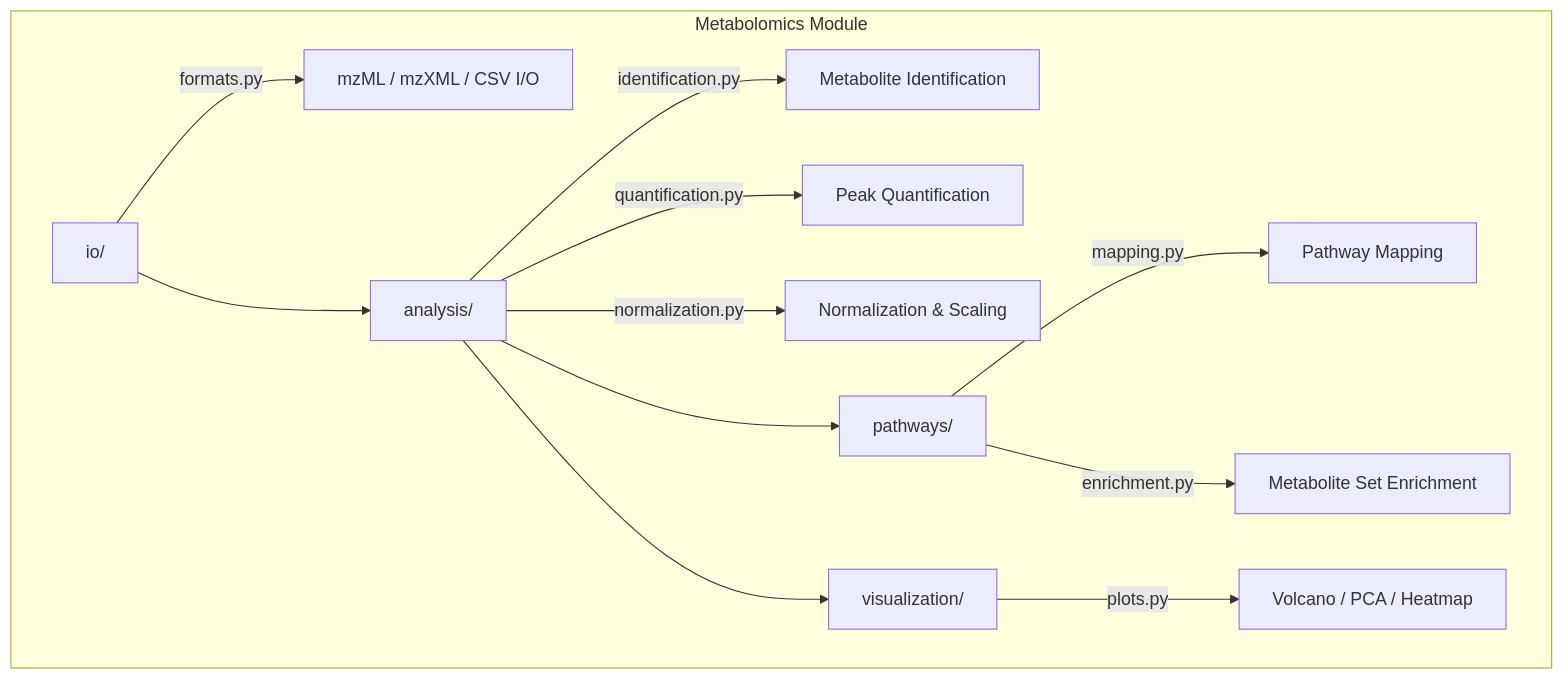
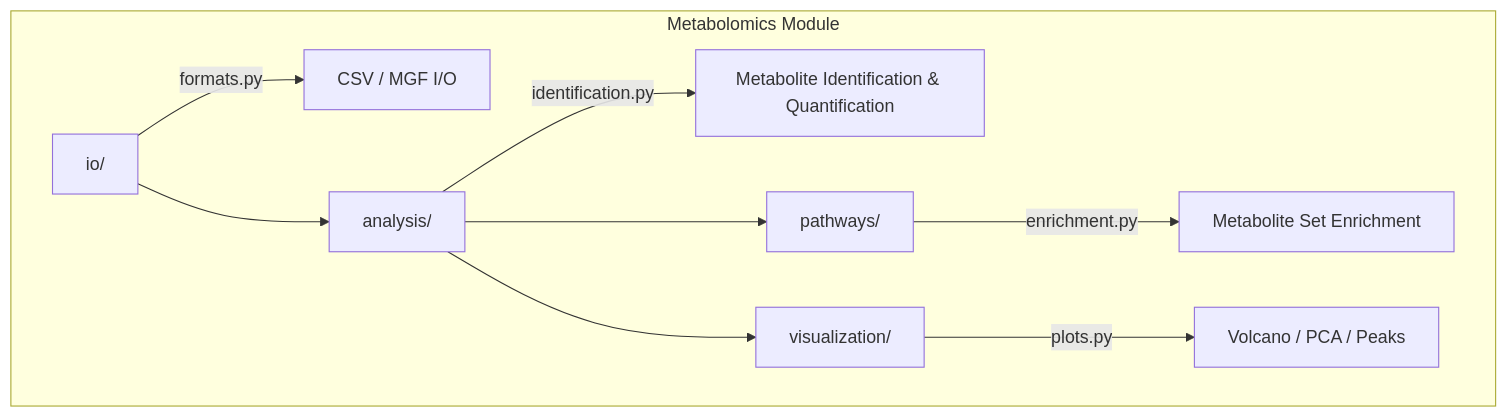
One commit to docxology/MetaInformAnt changed the diagram in src/metainformant/metabolomics/README.md. Above: the diagram before and after it, drawn with Mermaid. The commit also changed other lines of this file and 529 other files, not shown here.

````diff
--- a/src/metainformant/metabolomics/README.md
+++ b/src/metainformant/metabolomics/README.md
@@ -19,19 +19,16 @@
 ```mermaid
 graph TD
     subgraph "Metabolomics Module"
-        IO[io/] --> |formats.py| FMT[mzML / mzXML / CSV I/O]
+        IO[io/] --> |formats.py| FMT[CSV / MGF I/O]
 
-        AN[analysis/] --> |identification.py| ID[Metabolite Identification]
-        AN --> |quantification.py| QT[Peak Quantification]
-        AN --> |normalization.py| NM[Normalization & Scaling]
+        AN[analysis/] --> |identification.py| ID[Metabolite Identification & Quantification]
 
-        PW[pathways/] --> |mapping.py| PM[Pathway Mapping]
-        PW --> |enrichment.py| PE[Metabolite Set Enrichment]
+        PW[pathways/] --> |enrichment.py| PE[Metabolite Set Enrichment]
 
-        VZ[visualization/] --> |plots.py| PL[Volcano / PCA / Heatmap]
+        VZ[visualization/] --> |plots.py| PL[Volcano / PCA / Peaks]
     end
 
     IO --> AN
     AN --> PW
     AN --> VZ
 ```
````
